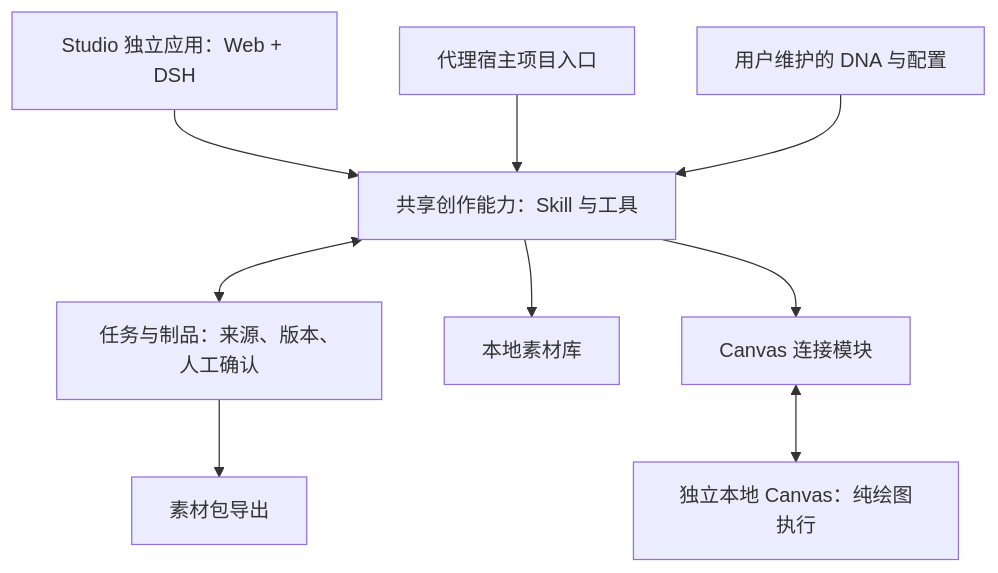
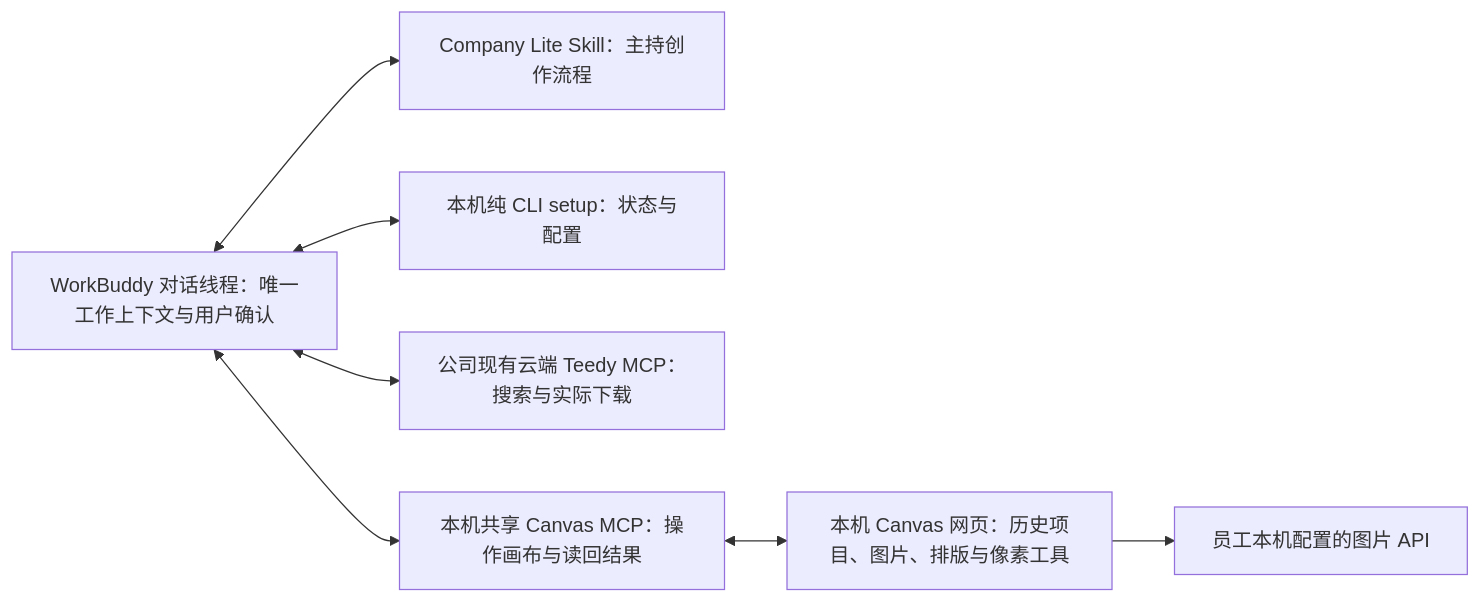
The diagram in Creative_Agent_Studio_PRD.md (akechi0819-lgtm/creative-Agent-studio), drawn with Mermaid before and after one commit. The commit also changed other lines of this file and 296 other files, not shown here.

Commit message:
Build Company Lite as shared local Canvas MCP pack

````diff
--- a/Creative_Agent_Studio_PRD.md
+++ b/Creative_Agent_Studio_PRD.md
@@ -257,11 +13,9 @@
 ```mermaid
-flowchart TB
-    WEB["Studio 独立应用：Web + DSH"] --> SHARED["共享创作能力：Skill 与工具"]
-    HOST["代理宿主项目入口"] --> SHARED
-    DNA["用户维护的 DNA 与配置"] --> SHARED
-    SHARED <--> TASK["任务与制品：来源、版本、人工确认"]
-    SHARED --> ASSET["本地素材库"]
-    SHARED --> CONNECTOR["Canvas 连接模块"]
-    CONNECTOR <--> CANVAS["独立本地 Canvas：纯绘图执行"]
-    TASK --> EXPORT["素材包导出"]
+flowchart LR
+  WB["WorkBuddy 对话线程：唯一工作上下文与用户确认"] <--> SKILL["Company Lite Skill：主持创作流程"]
+  WB <--> SETUP["本机纯 CLI setup：状态与配置"]
+  WB <--> TEEDY["公司现有云端 Teedy MCP：搜索与实际下载"]
+  WB <--> CMCP["本机共享 Canvas MCP：操作画布与读回结果"]
+  CMCP <--> WEB["本机 Canvas 网页：历史项目、图片、排版与像素工具"]
+  WEB --> IMG["员工本机配置的图片 API"]
 ```
````
